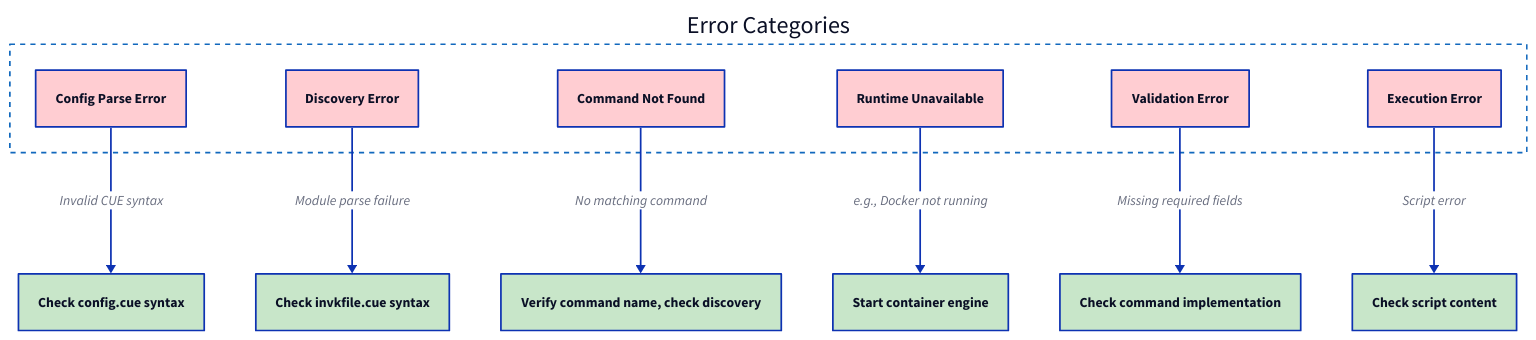
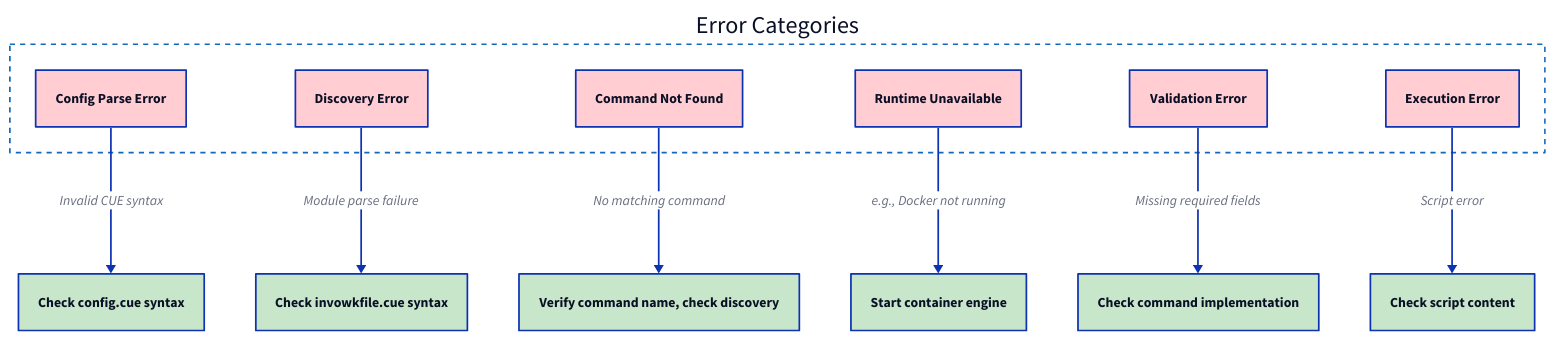
Before and after one commit to invowk/invowk: the diagram in docs/diagrams/flowcharts/execution-errors.d2, drawn with D2. The commit also changed 489 other files, not shown here. The source asks for the TALA layout; these drawings use dagre instead.

First line of the commit message:
refactor: rename invk references — invkfile→invowkfile, invkmod→invowkmod, --invk-*→--ivk-* (#43)

```diff
--- a/docs/diagrams/flowcharts/execution-errors.d2
+++ b/docs/diagrams/flowcharts/execution-errors.d2
@@ -1,89 +1,89 @@
 # Execution Error Categories Flowchart
 #
 # Shows the main categories of errors that can occur during
 # command execution and their common fixes.
 #
 # Source: docs/architecture/sequence-execution.md (diagrams.ts)
 
 vars: {
   d2-config: {
     layout-engine: tala
   }
 }
 
 direction: down
 
 # ==============================================================================
 # Error Categories
 # ==============================================================================
 
 errors: Error Categories {
   style: {
     stroke: "#1168BD"
     stroke-dash: 3
     fill: transparent
   }
 
   E1: Config Parse Error {
     style.fill: "#FFCDD2"
   }
 
   E2: Discovery Error {
     style.fill: "#FFCDD2"
   }
 
   E3: Command Not Found {
     style.fill: "#FFCDD2"
   }
 
   E4: Runtime Unavailable {
     style.fill: "#FFCDD2"
   }
 
   E5: Validation Error {
     style.fill: "#FFCDD2"
   }
 
   E6: Execution Error {
     style.fill: "#FFCDD2"
   }
 }
 
 # ==============================================================================
 # Fixes
 # ==============================================================================
 
 Fix1: Check config.cue syntax {
   style.fill: "#C8E6C9"
 }
 
-Fix2: Check invkfile.cue syntax {
+Fix2: Check invowkfile.cue syntax {
   style.fill: "#C8E6C9"
 }
 
 Fix3: Verify command name, check discovery {
   style.fill: "#C8E6C9"
 }
 
 Fix4: Start container engine {
   style.fill: "#C8E6C9"
 }
 
 Fix5: Check command implementation {
   style.fill: "#C8E6C9"
 }
 
 Fix6: Check script content {
   style.fill: "#C8E6C9"
 }
 
 # ==============================================================================
 # Connections
 # ==============================================================================
 
 errors.E1 -> Fix1: Invalid CUE syntax
 errors.E2 -> Fix2: Module parse failure
 errors.E3 -> Fix3: No matching command
 errors.E4 -> Fix4: e.g., Docker not running
 errors.E5 -> Fix5: Missing required fields
 errors.E6 -> Fix6: Script error
```
